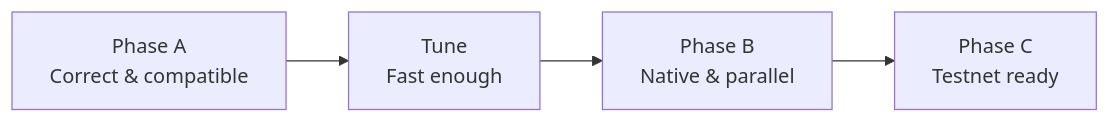
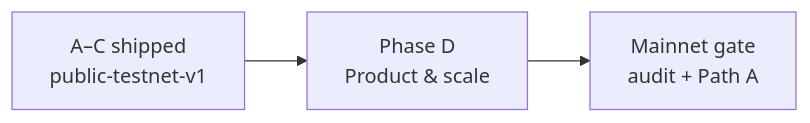
The first of 2 diagrams in docs/overview/vision.md (dewnetwork/dew), drawn with Mermaid before and after one commit. The commit also changed other lines of this file and 23 other files, not shown here.

````diff
--- a/docs/overview/vision.md
+++ b/docs/overview/vision.md
@@ -49,6 +51,5 @@
 ```mermaid
 flowchart LR
-  A[Phase A<br/>Correct & compatible] --> T[Tune<br/>Fast enough]
-  T --> B[Phase B<br/>Native & parallel]
-  B --> C[Phase C<br/>Testnet ready]
+  A[A–C shipped<br/>public-testnet-v1] --> D[Phase D<br/>Product & scale]
+  D --> M[Mainnet gate<br/>audit + Path A]
 ```
````
